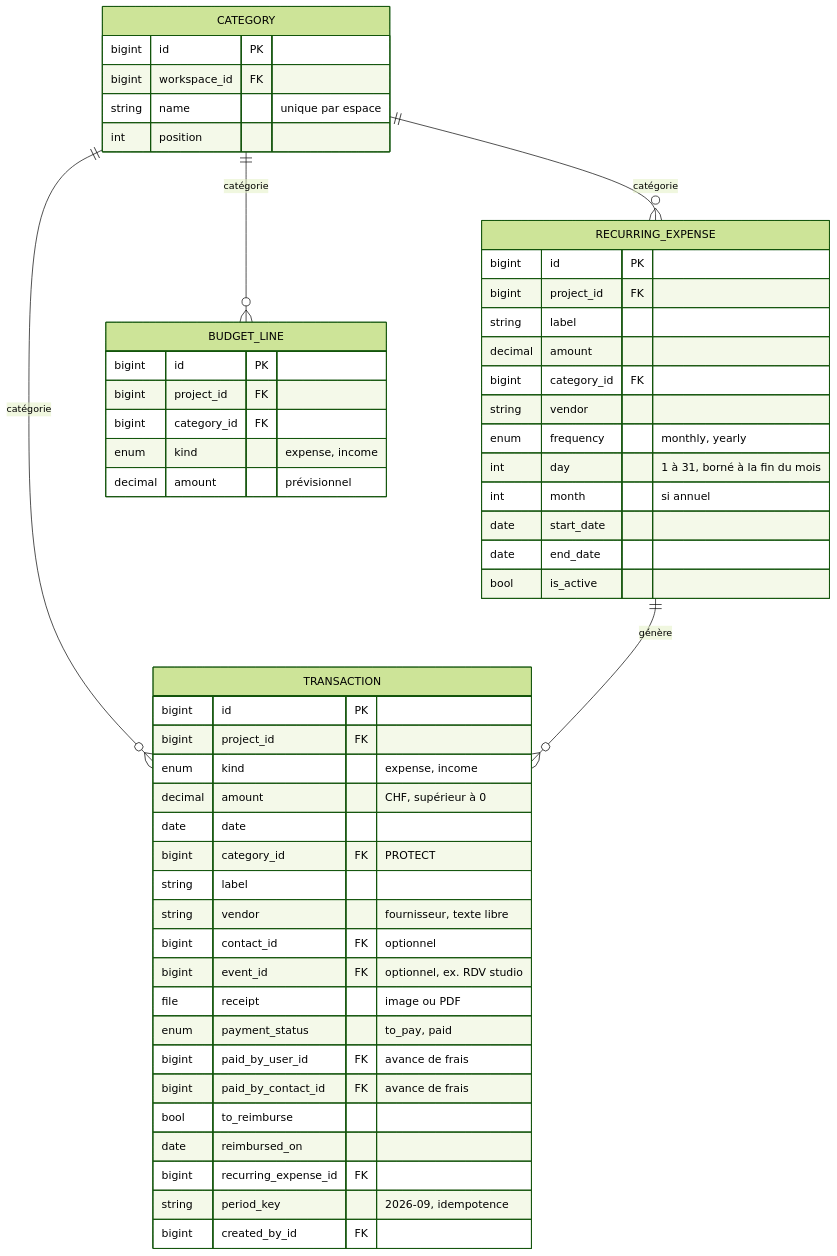
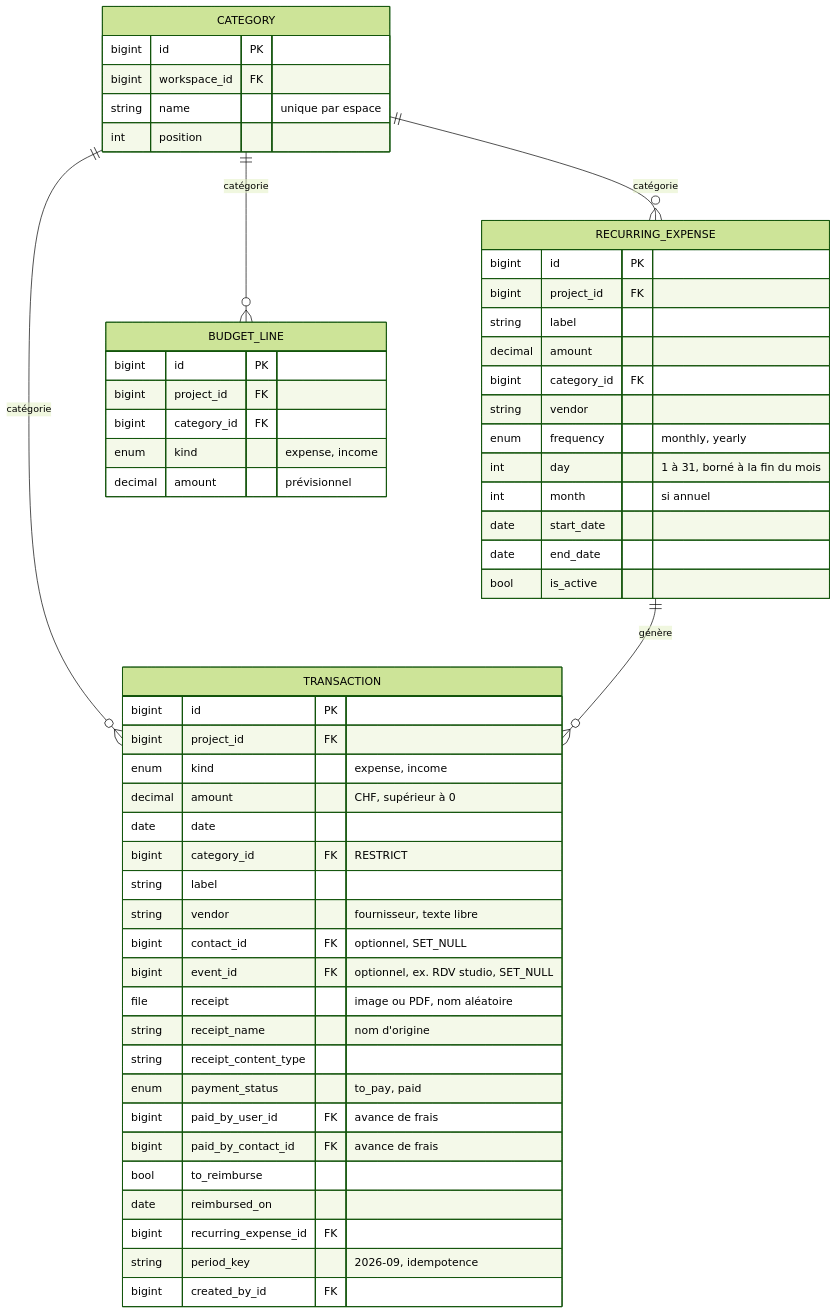
The sixth of 7 diagrams in DATABASE_SCHEMA.md (lucagslr/sobased), drawn with Mermaid (forest theme) before and after one commit. The commit also changed other lines of this file and 65 other files, not shown here.

````diff
--- a/DATABASE_SCHEMA.md
+++ b/DATABASE_SCHEMA.md
@@ -456,56 +456,58 @@
 ```mermaid
 erDiagram
     CATEGORY {
         bigint id PK
         bigint workspace_id FK
         string name "unique par espace"
         int position
     }
     TRANSACTION {
         bigint id PK
         bigint project_id FK
         enum kind "expense, income"
         decimal amount "CHF, supérieur à 0"
         date date
-        bigint category_id FK "PROTECT"
+        bigint category_id FK "RESTRICT"
         string label
         string vendor "fournisseur, texte libre"
-        bigint contact_id FK "optionnel"
-        bigint event_id FK "optionnel, ex. RDV studio"
-        file receipt "image ou PDF"
+        bigint contact_id FK "optionnel, SET_NULL"
+        bigint event_id FK "optionnel, ex. RDV studio, SET_NULL"
+        file receipt "image ou PDF, nom aléatoire"
+        string receipt_name "nom d'origine"
+        string receipt_content_type
         enum payment_status "to_pay, paid"
         bigint paid_by_user_id FK "avance de frais"
         bigint paid_by_contact_id FK "avance de frais"
         bool to_reimburse
         date reimbursed_on
         bigint recurring_expense_id FK
         string period_key "2026-09, idempotence"
         bigint created_by_id FK
     }
     RECURRING_EXPENSE {
         bigint id PK
         bigint project_id FK
         string label
         decimal amount
         bigint category_id FK
         string vendor
         enum frequency "monthly, yearly"
         int day "1 à 31, borné à la fin du mois"
         int month "si annuel"
         date start_date
         date end_date
         bool is_active
     }
     BUDGET_LINE {
         bigint id PK
         bigint project_id FK
         bigint category_id FK
         enum kind "expense, income"
         decimal amount "prévisionnel"
     }
 
     CATEGORY ||--o{ TRANSACTION : "catégorie"
     CATEGORY ||--o{ BUDGET_LINE : "catégorie"
     CATEGORY ||--o{ RECURRING_EXPENSE : "catégorie"
     RECURRING_EXPENSE ||--o{ TRANSACTION : "génère"
 ```
````
